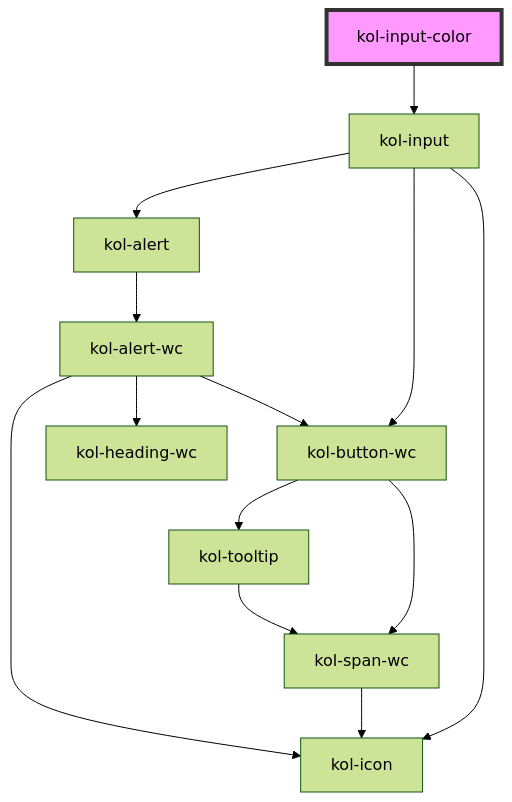
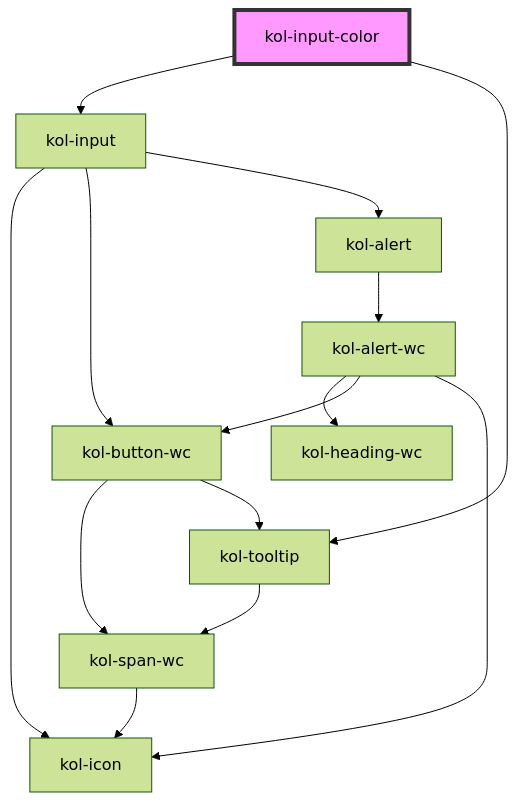
One commit to public-ui/kolibri changed the diagram in packages/components/src/components/input-color/readme.md. Above: the diagram before and after it, drawn with Mermaid (forest theme). The commit also changed other lines of this file and 96 other files, not shown here.

````diff
--- a/packages/components/src/components/input-color/readme.md
+++ b/packages/components/src/components/input-color/readme.md
@@ -83,16 +85,17 @@
 ```mermaid
 graph TD;
   kol-input-color --> kol-input
+  kol-input-color --> kol-tooltip
   kol-input --> kol-icon
   kol-input --> kol-button-wc
   kol-input --> kol-alert
   kol-button-wc --> kol-span-wc
   kol-button-wc --> kol-tooltip
   kol-span-wc --> kol-icon
   kol-tooltip --> kol-span-wc
   kol-alert --> kol-alert-wc
   kol-alert-wc --> kol-heading-wc
   kol-alert-wc --> kol-button-wc
   kol-alert-wc --> kol-icon
   style kol-input-color fill:#f9f,stroke:#333,stroke-width:4px
 ```
````
